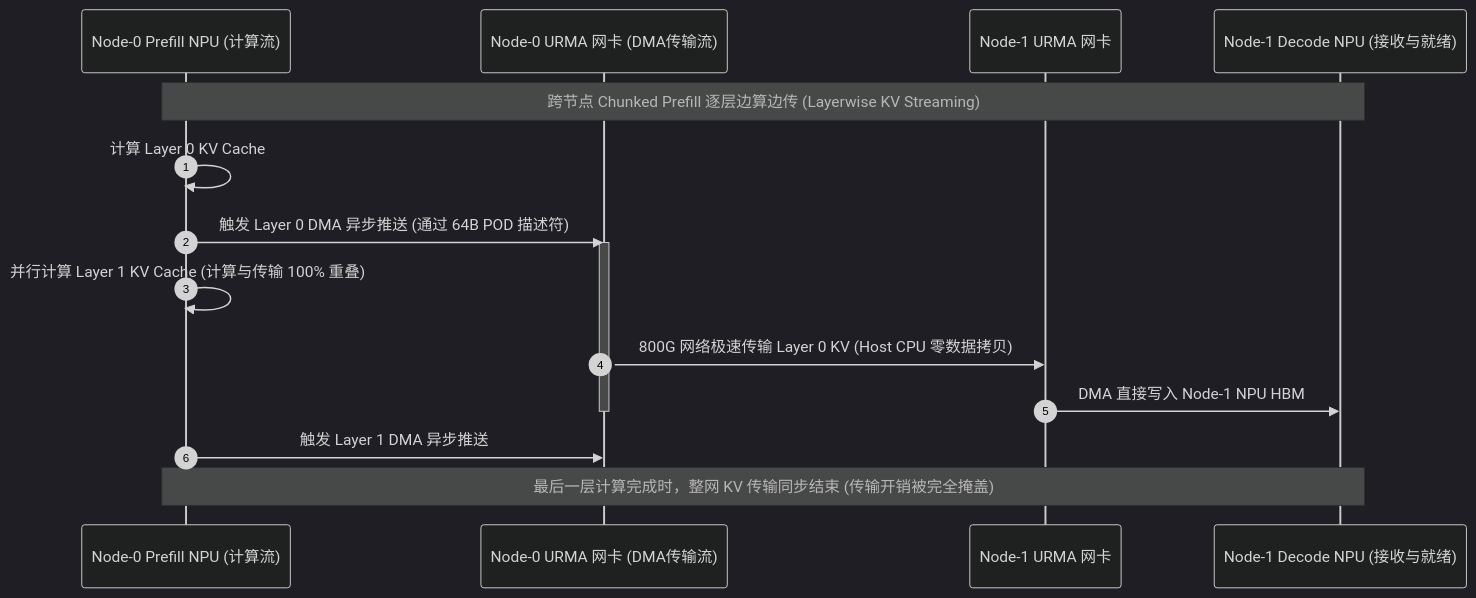
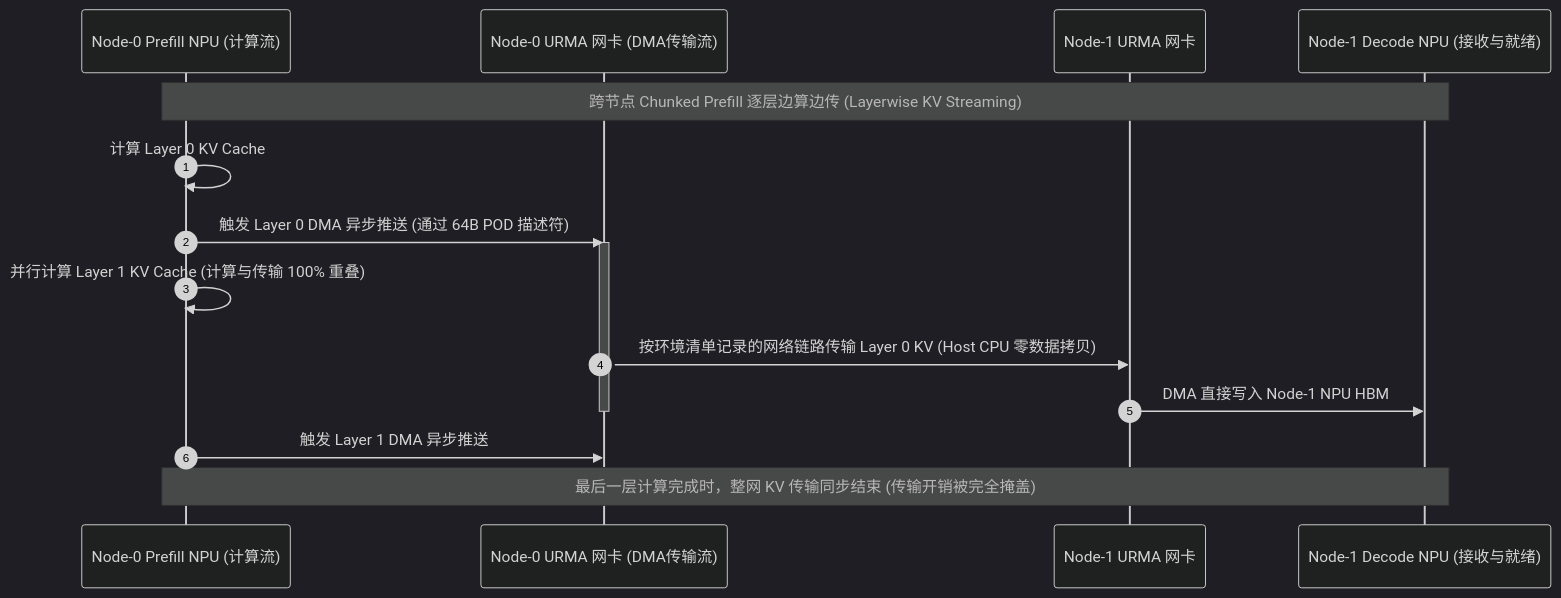
The first of 2 diagrams in kvcache/unified_kv_memory/提前验证方案设计/验证计划方案设计/00_统一异构KVCache存储池_关键技术原型验证总体实施方案设计.md (stonetree/reports), drawn with Mermaid (dark theme) before and after one commit. The commit also changed other lines of this file and 43 other files, not shown here.

````diff
--- a/kvcache/unified_kv_memory/提前验证方案设计/验证计划方案设计/00_统一异构KVCache存储池_关键技术原型验证总体实施方案设计.md
+++ b/kvcache/unified_kv_memory/提前验证方案设计/验证计划方案设计/00_统一异构KVCache存储池_关键技术原型验证总体实施方案设计.md
@@ -115,19 +117,19 @@
 ```mermaid
 sequenceDiagram
     autonumber
     participant P_NPU as Node-0 Prefill NPU (计算流)
     participant P_NIC as Node-0 URMA 网卡 (DMA传输流)
     participant D_NIC as Node-1 URMA 网卡
     participant D_NPU as Node-1 Decode NPU (接收与就绪)
 
     Note over P_NPU,D_NPU: 跨节点 Chunked Prefill 逐层边算边传 (Layerwise KV Streaming)
     P_NPU->>P_NPU: 计算 Layer 0 KV Cache
     P_NPU->>P_NIC: 触发 Layer 0 DMA 异步推送 (通过 64B POD 描述符)
     activate P_NIC
     P_NPU->>P_NPU: 并行计算 Layer 1 KV Cache (计算与传输 100% 重叠)
-    P_NIC->>D_NIC: 800G 网络极速传输 Layer 0 KV (Host CPU 零数据拷贝)
+    P_NIC->>D_NIC: 按环境清单记录的网络链路传输 Layer 0 KV (Host CPU 零数据拷贝)
     D_NIC->>D_NPU: DMA 直接写入 Node-1 NPU HBM
     deactivate P_NIC
     P_NPU->>P_NIC: 触发 Layer 1 DMA 异步推送
     Note over P_NPU,D_NPU: 最后一层计算完成时，整网 KV 传输同步结束 (传输开销被完全掩盖)
 ```
````
